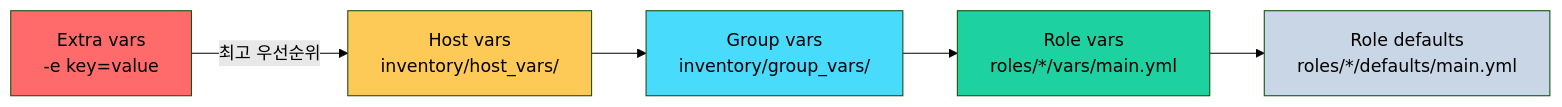
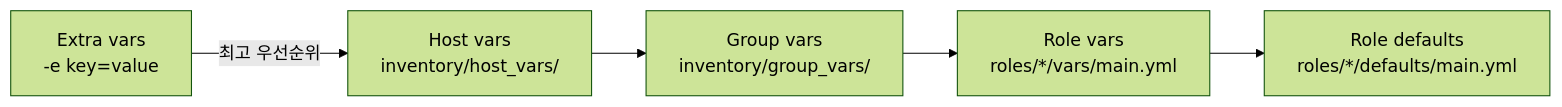
The seventh of 7 diagrams in docs/k8s-deploy/week4-kubespray-deployment.md (juwon8891/juwon8891.github.io), drawn with Mermaid (forest theme) before and after one commit. The commit also changed 18 other files, not shown here.

Commit message:
Remove bright colors from Mermaid diagrams for dark mode compatibility

````diff
--- a/docs/k8s-deploy/week4-kubespray-deployment.md
+++ b/docs/k8s-deploy/week4-kubespray-deployment.md
@@ -894,13 +894,8 @@
 ```mermaid
 graph LR
     A[Extra vars<br>-e key=value] -->|최고 우선순위| B[Host vars<br>inventory/host_vars/]
     B --> C[Group vars<br>inventory/group_vars/]
     C --> D[Role vars<br>roles/*/vars/main.yml]
     D --> E[Role defaults<br>roles/*/defaults/main.yml]
 
-    style A fill:#ff6b6b
-    style B fill:#feca57
-    style C fill:#48dbfb
-    style D fill:#1dd1a1
-    style E fill:#c8d6e5
 ```
````
